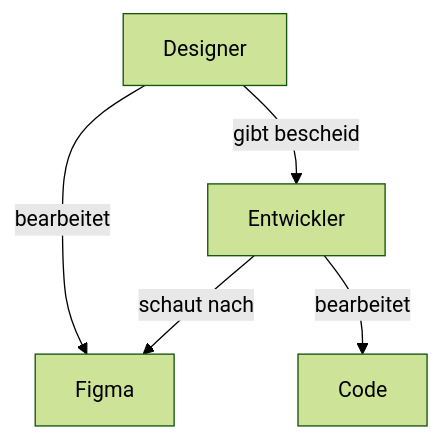
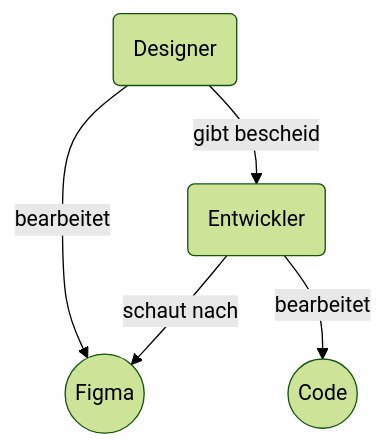
The diagram in paper/assets/img/diagrams/designflow_old.mmd (NikBenson/BAT), drawn with Mermaid (forest theme) before and after one commit. The commit also changed 14 other files, not shown here.

```diff
--- a/paper/assets/img/diagrams/designflow_old.mmd
+++ b/paper/assets/img/diagrams/designflow_old.mmd
@@ -1,5 +1,10 @@
 graph TD
+    Designer(Designer)
+    Figma((Figma))
+    Entwickler(Entwickler)
+    Code((Code))
+
     Designer -- bearbeitet --> Figma
     Designer -- gibt bescheid --> Entwickler
     Entwickler -- schaut nach --> Figma
     Entwickler -- bearbeitet --> Code
```
